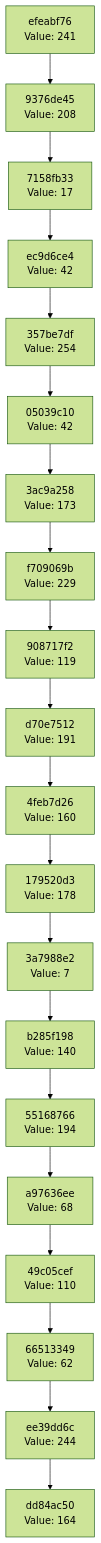
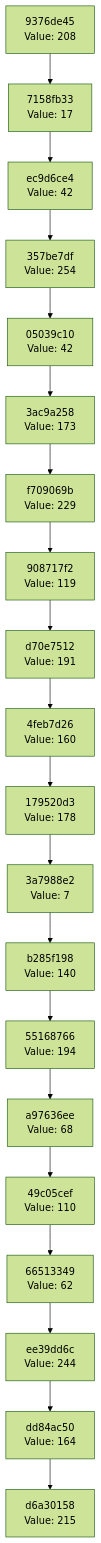
Before and after one commit to Abhisheksinha1506/hash-chain-evolver: the diagram in docs/CHAIN_VISUALIZATION.md, drawn with Mermaid (forest theme). The commit also changed 2 other files, not shown here.

Commit message:
Evolution Step

````diff
--- a/docs/CHAIN_VISUALIZATION.md
+++ b/docs/CHAIN_VISUALIZATION.md
@@ -3,42 +3,42 @@
 ```mermaid
 graph TD
-    C0["dd84ac50<br/>Value: 164"]
-    C1["ee39dd6c<br/>Value: 244"]
+    C0["d6a30158<br/>Value: 215"]
+    C1["dd84ac50<br/>Value: 164"]
     C1 --> C0
-    C2["66513349<br/>Value: 62"]
+    C2["ee39dd6c<br/>Value: 244"]
     C2 --> C1
-    C3["49c05cef<br/>Value: 110"]
+    C3["66513349<br/>Value: 62"]
     C3 --> C2
-    C4["a97636ee<br/>Value: 68"]
+    C4["49c05cef<br/>Value: 110"]
     C4 --> C3
-    C5["55168766<br/>Value: 194"]
+    C5["a97636ee<br/>Value: 68"]
     C5 --> C4
-    C6["b285f198<br/>Value: 140"]
+    C6["55168766<br/>Value: 194"]
     C6 --> C5
-    C7["3a7988e2<br/>Value: 7"]
+    C7["b285f198<br/>Value: 140"]
     C7 --> C6
-    C8["179520d3<br/>Value: 178"]
+    C8["3a7988e2<br/>Value: 7"]
     C8 --> C7
-    C9["4feb7d26<br/>Value: 160"]
+    C9["179520d3<br/>Value: 178"]
     C9 --> C8
-    C10["d70e7512<br/>Value: 191"]
+    C10["4feb7d26<br/>Value: 160"]
     C10 --> C9
-    C11["908717f2<br/>Value: 119"]
+    C11["d70e7512<br/>Value: 191"]
     C11 --> C10
-    C12["f709069b<br/>Value: 229"]
+    C12["908717f2<br/>Value: 119"]
     C12 --> C11
-    C13["3ac9a258<br/>Value: 173"]
+    C13["f709069b<br/>Value: 229"]
     C13 --> C12
-    C14["05039c10<br/>Value: 42"]
+    C14["3ac9a258<br/>Value: 173"]
     C14 --> C13
-    C15["357be7df<br/>Value: 254"]
+    C15["05039c10<br/>Value: 42"]
     C15 --> C14
-    C16["ec9d6ce4<br/>Value: 42"]
+    C16["357be7df<br/>Value: 254"]
     C16 --> C15
-    C17["7158fb33<br/>Value: 17"]
+    C17["ec9d6ce4<br/>Value: 42"]
     C17 --> C16
-    C18["9376de45<br/>Value: 208"]
+    C18["7158fb33<br/>Value: 17"]
     C18 --> C17
-    C19["efeabf76<br/>Value: 241"]
+    C19["9376de45<br/>Value: 208"]
     C19 --> C18
 ```
````
